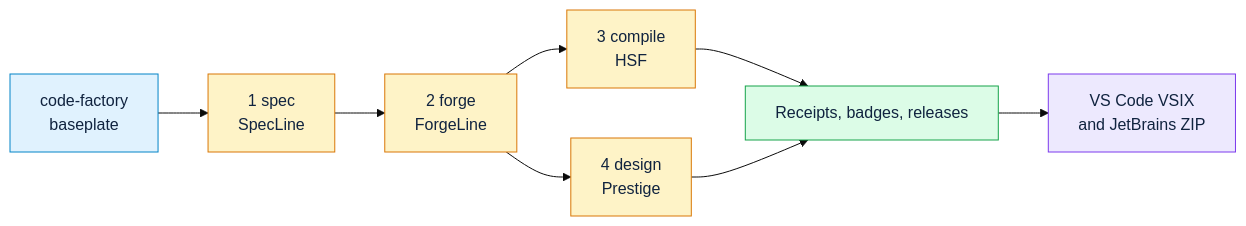
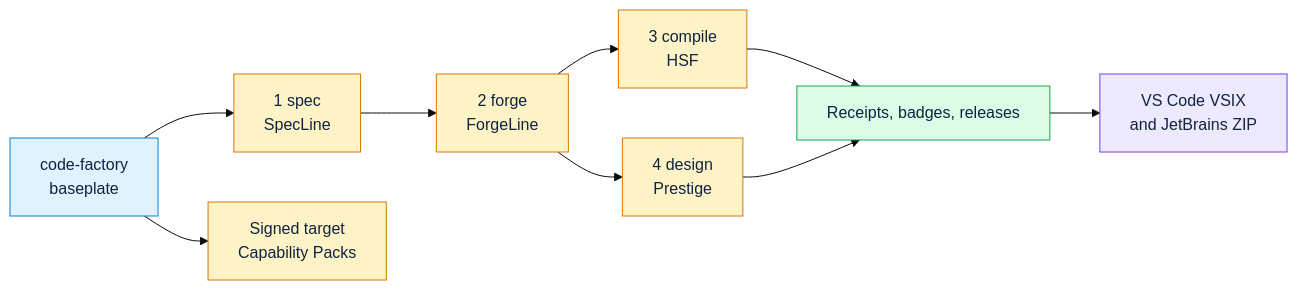
Before and after one commit to zrk222/code-factory: the diagram in PUBLICATION_GUIDE.md, drawn with Mermaid (base theme). The commit also changed other lines of this file and 131 other files, not shown here.

First line of the commit message:
feat: ship Product Missions and signed capability packs (#2)

````diff
--- a/PUBLICATION_GUIDE.md
+++ b/PUBLICATION_GUIDE.md
@@ -8,18 +8,19 @@
 ```mermaid
 flowchart LR
     A["code-factory<br/>baseplate"] --> B["1 spec<br/>SpecLine"]
+    A --> P["Signed target<br/>Capability Packs"]
     B --> C["2 forge<br/>ForgeLine"]
     C --> D["3 compile<br/>HSF"]
     C --> E["4 design<br/>Prestige"]
     D --> F["Receipts, badges, releases"]
     E --> F
     F --> V["VS Code VSIX\nand JetBrains ZIP"]
     classDef base fill:#e0f2fe,stroke:#0284c7,color:#10233f
     classDef brick fill:#fef3c7,stroke:#d97706,color:#10233f
     classDef proof fill:#dcfce7,stroke:#16a34a,color:#10233f
     classDef adapter fill:#ede9fe,stroke:#7c3aed,color:#10233f
     class A base
-    class B,C,D,E brick
+    class B,C,D,E,P brick
     class F proof
     class V adapter
 ```
````
